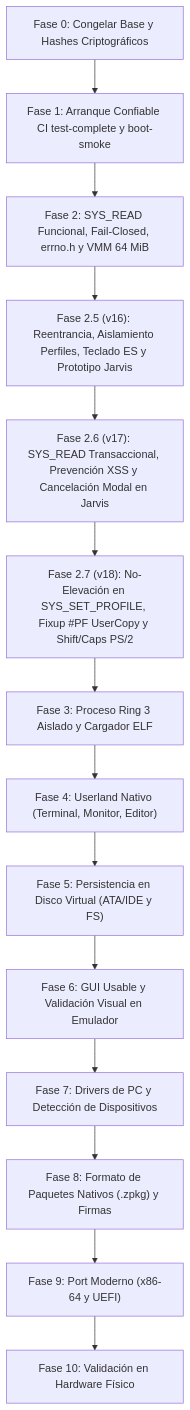
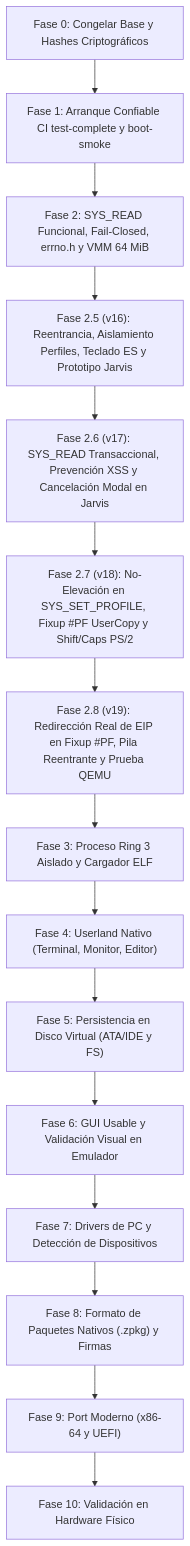
The diagram in docs/ROADMAP.md (Camila-Ianni/Zenthra), drawn with Mermaid before and after one commit. The commit also changed other lines of this file and 10 other files, not shown here.

Commit message:
fix(v19): redireccion real de EIP en fixup de #PF (arch_user_copy_bytes), pila reentrante copy_ctx_stack y prueba de #PF real en QEMU

````diff
--- a/docs/ROADMAP.md
+++ b/docs/ROADMAP.md
@@ -10,16 +10,17 @@
 ```mermaid
 flowchart TD
     F0["Fase 0: Congelar Base y Hashes Criptográficos"] --> F1["Fase 1: Arranque Confiable CI test-complete y boot-smoke"]
     F1 --> F2["Fase 2: SYS_READ Funcional, Fail-Closed, errno.h y VMM 64 MiB"]
     F2 --> F2B["Fase 2.5 (v16): Reentrancia, Aislamiento Perfiles, Teclado ES y Prototipo Jarvis"]
     F2B --> F2C["Fase 2.6 (v17): SYS_READ Transaccional, Prevención XSS y Cancelación Modal en Jarvis"]
     F2C --> F2D["Fase 2.7 (v18): No-Elevación en SYS_SET_PROFILE, Fixup #PF UserCopy y Shift/Caps PS/2"]
-    F2D --> F3["Fase 3: Proceso Ring 3 Aislado y Cargador ELF"]
+    F2D --> F2E["Fase 2.8 (v19): Redirección Real de EIP en Fixup #PF, Pila Reentrante y Prueba QEMU"]
+    F2E --> F3["Fase 3: Proceso Ring 3 Aislado y Cargador ELF"]
     F3 --> F4["Fase 4: Userland Nativo (Terminal, Monitor, Editor)"]
     F4 --> F5["Fase 5: Persistencia en Disco Virtual (ATA/IDE y FS)"]
     F5 --> F6["Fase 6: GUI Usable y Validación Visual en Emulador"]
     F6 --> F7["Fase 7: Drivers de PC y Detección de Dispositivos"]
     F7 --> F8["Fase 8: Formato de Paquetes Nativos (.zpkg) y Firmas"]
     F8 --> F9["Fase 9: Port Moderno (x86-64 y UEFI)"]
     F9 --> F10["Fase 10: Validación en Hardware Físico"]
 ```
````
